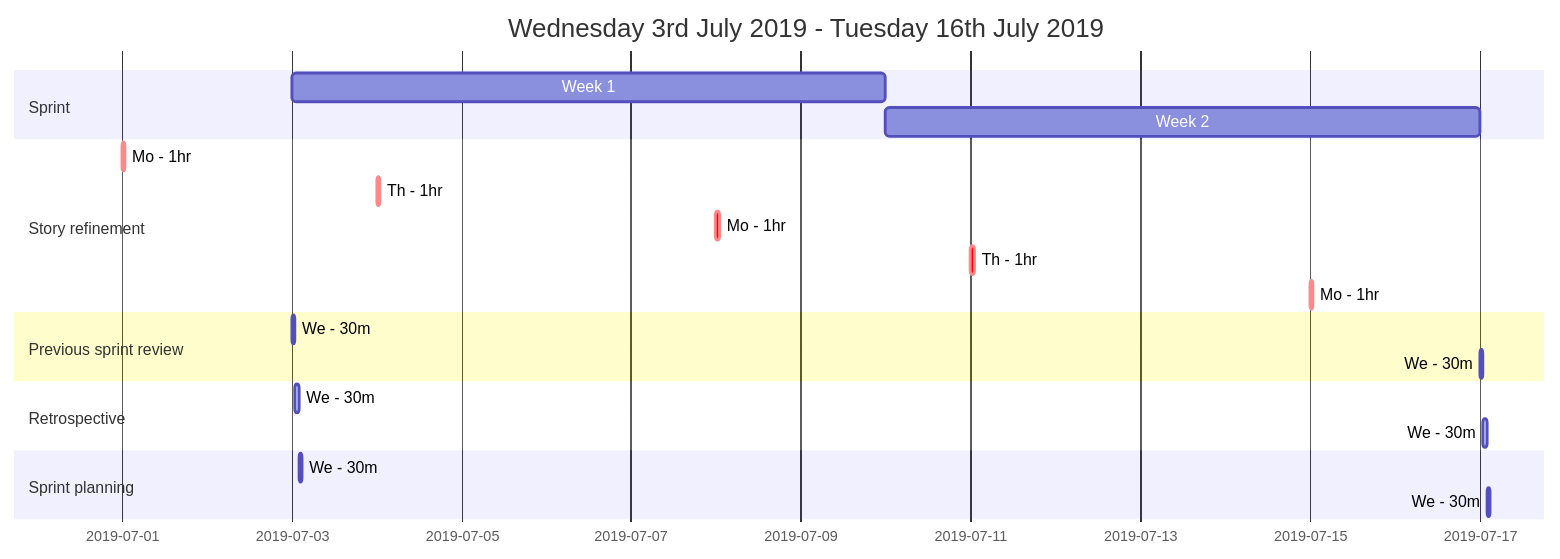
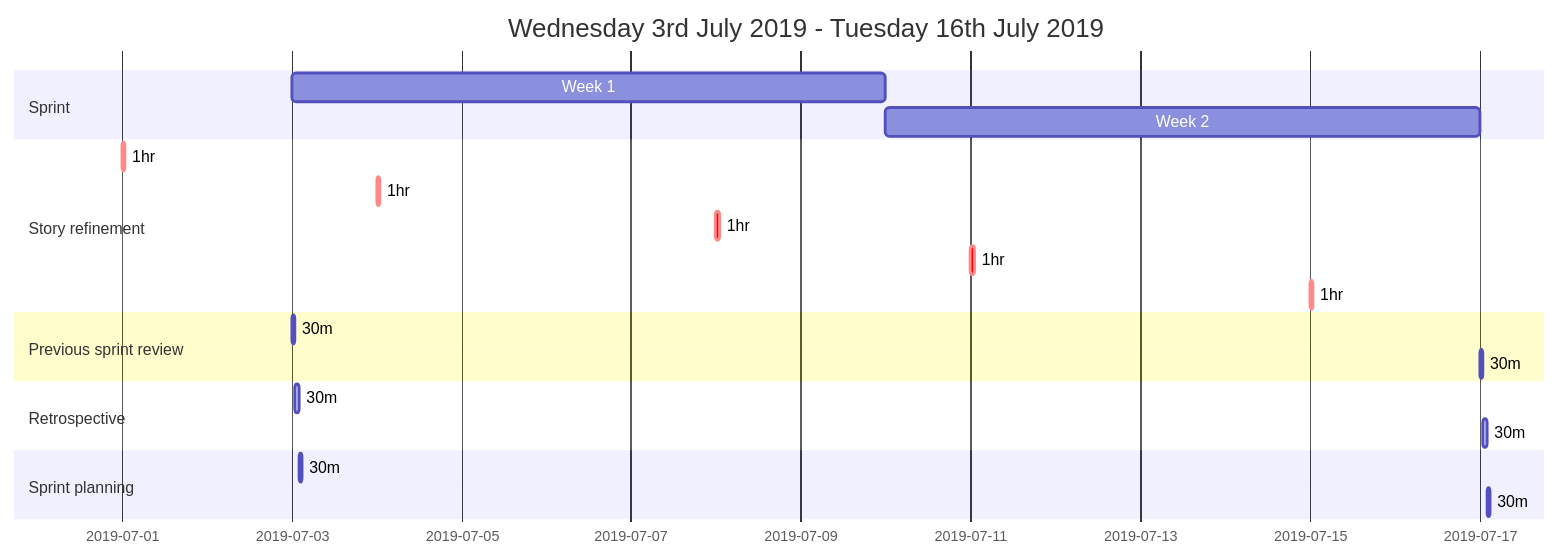
The diagram in _posts/2019-08-03-agile-diary.md (ianpowell2017/ianpowell2017.github.io), drawn with Mermaid before and after one commit.

````diff
--- a/_posts/2019-08-03-agile-diary.md
+++ b/_posts/2019-08-03-agile-diary.md
@@ -10,27 +10,27 @@
 ```mermaid
 gantt
     title Wednesday 3rd July 2019 - Tuesday 16th July 2019
 
     section Sprint
     Week 1          :a1, 2019-07-03, 1w
     Week 2          :b1, 2019-07-10, 1w
 
     section Story refinement
-    Mo - 1hr :crit, st1, 2019-07-01, 1h
-    Th - 1hr :crit, st2, 2019-07-04, 1h
-    Mo - 1hr :crit, st3, 2019-07-08, 1h
-    Th - 1hr :crit, st4, 2019-07-11, 1h
-    Mo - 1hr :crit, st4, 2019-07-15, 1h
+    1hr :crit, st1, 2019-07-01, 1h
+    1hr :crit, st2, 2019-07-04, 1h
+    1hr :crit, st3, 2019-07-08, 1h
+    1hr :crit, st4, 2019-07-11, 1h
+    1hr :crit, st4, 2019-07-15, 1h
 
     section Previous sprint review
-    We - 30m :active, sprintreview1, 2019-07-03, 1h
-    We - 30m :active, sprintreview2, 2019-07-17, 1h
+    30m :active, sprintreview1, 2019-07-03, 1h
+    30m :active, sprintreview2, 2019-07-17, 1h
 
     section Retrospective
-    We - 30m :active, retrospective1, after sprintreview1, 1h
-    We - 30m :active, retrospective2, after sprintreview2, 1h
+    30m :active, retrospective1, after sprintreview1, 1h
+    30m :active, retrospective2, after sprintreview2, 1h
 
     section Sprint planning
-    We - 30m :active, sprintplanning1, after retrospective1, 1h
-    We - 30m :active, sprintplanning2, after retrospective2, 1h
+    30m :active, sprintplanning1, after retrospective1, 1h
+    30m :active, sprintplanning2, after retrospective2, 1h
 ```
````
